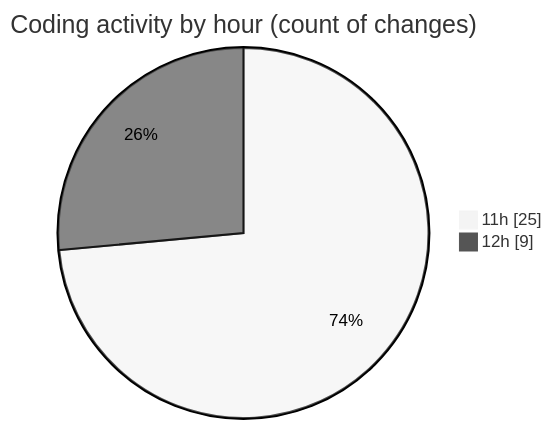
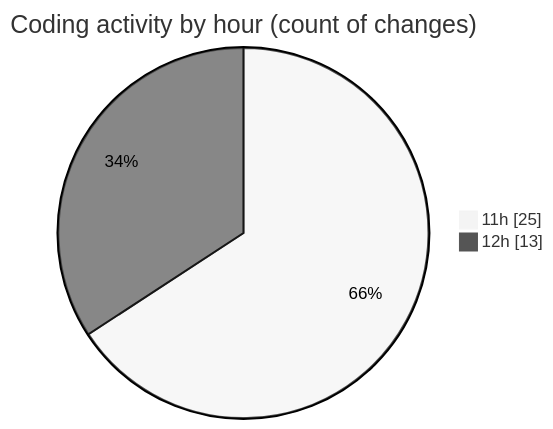
One commit to nxtqubesakshisongat/code-tracking changed the second of 2 diagrams in 2025-07-01/argos/README.md. Above: the diagram before and after it, drawn with Mermaid (neutral theme). The commit also changed other lines of this file and 1 other file, not shown here.

````diff
--- a/2025-07-01/argos/README.md
+++ b/2025-07-01/argos/README.md
@@ -32,6 +32,6 @@
 ```mermaid
 pie showData
 title Coding activity by hour (count of changes)
 "11h" : 25
-"12h" : 9
+"12h" : 13
 ```
````
